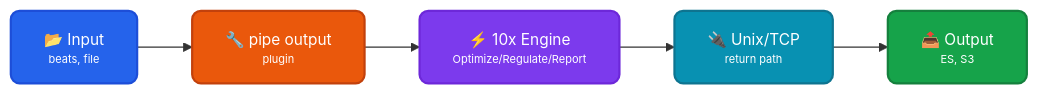
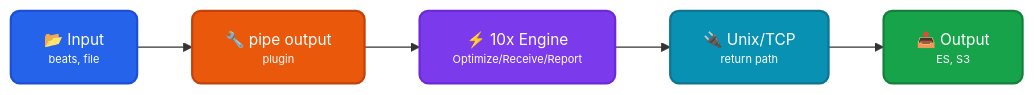
Before and after one commit to log-10x/modules: the diagram in pipelines/run/modules/input/forwarder/logstash/doc.md, drawn with Mermaid. The commit also changed other lines of this file and 181 other files, not shown here.

````diff
--- a/pipelines/run/modules/input/forwarder/logstash/doc.md
+++ b/pipelines/run/modules/input/forwarder/logstash/doc.md
@@ -11,19 +11,19 @@
 ```mermaid
 graph LR
     A["<div style='font-size: 14px;'>📂 Input</div><div style='font-size: 10px;'>beats, file</div>"] --> B["<div style='font-size: 14px;'>🔧 pipe output</div><div style='font-size: 10px;'>plugin</div>"]
-    B --> E["<div style='font-size: 14px;'>⚡ 10x Engine</div><div style='font-size: 10px;'>Optimize/Regulate/Report</div>"]
+    B --> E["<div style='font-size: 14px;'>⚡ 10x Engine</div><div style='font-size: 10px;'>Optimize/Receive/Report</div>"]
     E --> C["<div style='font-size: 14px;'>🔌 Unix/TCP</div><div style='font-size: 10px;'>return path</div>"]
     C --> D["<div style='font-size: 14px;'>📤 Output</div><div style='font-size: 10px;'>ES, S3</div>"]
 
     classDef input fill:#2563eb,stroke:#1d4ed8,color:#ffffff,stroke-width:2px,rx:8,ry:8
     classDef filter fill:#ea580c,stroke:#c2410c,color:#ffffff,stroke-width:2px,rx:8,ry:8
     classDef socket fill:#0891b2,stroke:#0e7490,color:#ffffff,stroke-width:2px,rx:8,ry:8
     classDef output fill:#16a34a,stroke:#15803d,color:#ffffff,stroke-width:2px,rx:8,ry:8
     classDef engine fill:#7c3aed,stroke:#6d28d9,color:#ffffff,stroke-width:2px,rx:8,ry:8
 
     class A input
     class B filter
     class C socket
     class D output
     class E engine
 ```
````
